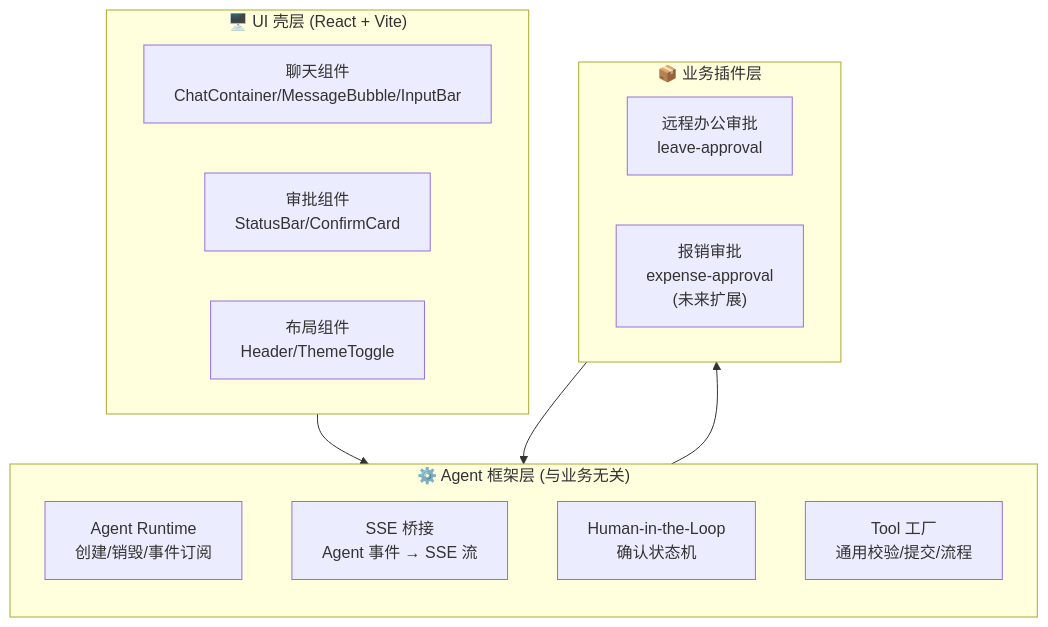
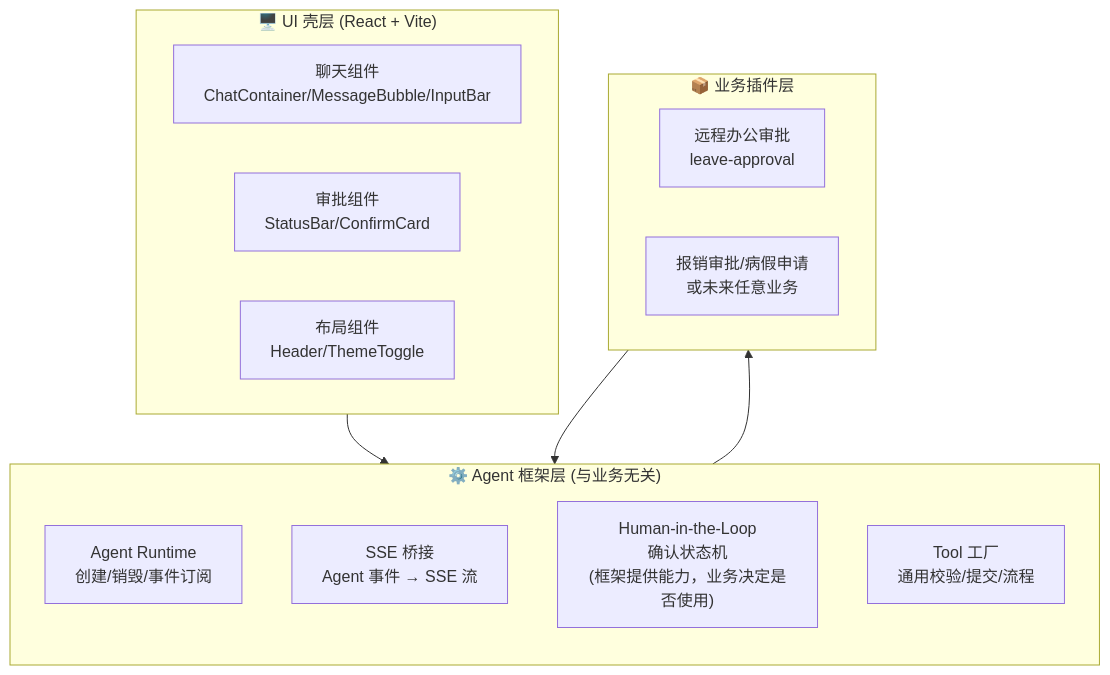
The first of 2 diagrams in docs/DESIGN.md (yjzaaa/leave-approval-agent), drawn with Mermaid before and after one commit. The commit also changed other lines of this file and 1 other file, not shown here.

First line of the commit message:
docs: DESIGN v3.1 + README 更新 — HITL 由业务决定

````diff
--- a/docs/DESIGN.md
+++ b/docs/DESIGN.md
@@ -15,27 +15,27 @@
 ```mermaid
 graph TB
     subgraph UI["🖥️ UI 壳层 (React + Vite)"]
         direction LR
         Chat["聊天组件<br/>ChatContainer/MessageBubble/InputBar"]
         Approval["审批组件<br/>StatusBar/ConfirmCard"]
         Layout["布局组件<br/>Header/ThemeToggle"]
     end
 
     subgraph Framework["⚙️ Agent 框架层 (与业务无关)"]
         direction TB
         Runtime["Agent Runtime<br/>创建/销毁/事件订阅"]
         SSE["SSE 桥接<br/>Agent 事件 → SSE 流"]
-        HITL["Human-in-the-Loop<br/>确认状态机"]
+        HITL["Human-in-the-Loop<br/>确认状态机<br/>(框架提供能力，业务决定是否使用)"]
         ToolFactory["Tool 工厂<br/>通用校验/提交/流程"]
     end
 
     subgraph Plugins["📦 业务插件层"]
         direction LR
         Leave["远程办公审批<br/>leave-approval"]
-        Future["报销审批<br/>expense-approval<br/>(未来扩展)"]
+        Future["报销审批/病假申请<br/>或未来任意业务"]
     end
 
     UI --> Framework
     Framework --> Plugins
     Plugins --> Framework
 ```
````
